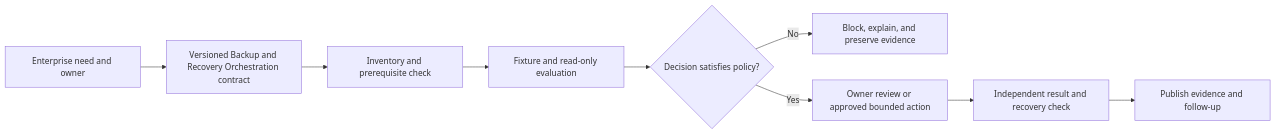
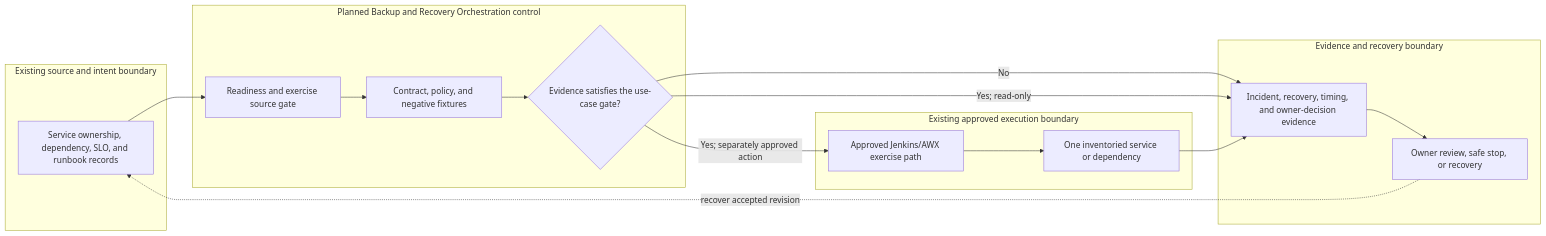
The diagram in docs/use-cases/resilience/UC-RSO-015-backup-and-recovery-orchestration.md (MIDHTECH/enterprise-architecture-docs), drawn with Mermaid before and after one commit. The commit also changed other lines of this file and 227 other files, not shown here.

Commit message:
Deepen architecture for all use case designs

````diff
--- a/docs/use-cases/resilience/UC-RSO-015-backup-and-recovery-orchestration.md
+++ b/docs/use-cases/resilience/UC-RSO-015-backup-and-recovery-orchestration.md
@@ -136,11 +129,25 @@
 ```mermaid
 flowchart LR
-    Need["Enterprise need and owner"] --> Contract["Versioned Backup and Recovery Orchestration contract"]
-    Contract --> Preflight["Inventory and prerequisite check"]
-    Preflight --> Evaluate["Fixture and read-only evaluation"]
-    Evaluate --> Decision{"Decision satisfies policy?"}
-    Decision -->|No| Stop["Block, explain, and preserve evidence"]
-    Decision -->|Yes| Review["Owner review or approved bounded action"]
-    Review --> Verify["Independent result and recovery check"]
-    Verify --> Publish["Publish evidence and follow-up"]
+    subgraph Source["Existing source and intent boundary"]
+        A["Service ownership, dependency, SLO, and runbook records"]
+    end
+    subgraph Planned["Planned Backup and Recovery Orchestration control"]
+        B["Readiness and exercise source gate"]
+        C["Contract, policy, and negative fixtures"]
+        D{"Evidence satisfies the use-case gate?"}
+    end
+    subgraph Runtime["Existing approved execution boundary"]
+        E["Approved Jenkins/AWX exercise path"]
+        F["One inventoried service or dependency"]
+    end
+    subgraph Assurance["Evidence and recovery boundary"]
+        G["Incident, recovery, timing, and owner-decision evidence"]
+        H["Owner review, safe stop, or recovery"]
+    end
+
+    A --> B --> C --> D
+    D -->|No| G --> H
+    D -->|Yes; read-only| G
+    D -->|Yes; separately approved action| E --> F --> G
+    H -. recover accepted revision .-> A
 ```
````
